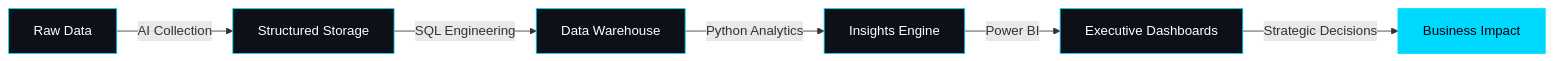
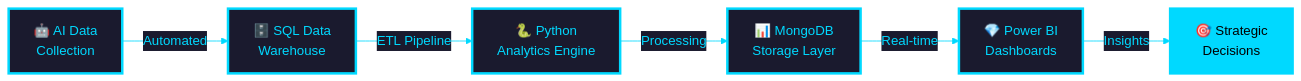
The first of 2 diagrams in README.md (gokul2005083-source/gokul2005083-source-), drawn with Mermaid before and after one commit. The commit also changed other lines of this file, not shown here.

````diff
--- a/README.md
+++ b/README.md
@@ -150,15 +248,17 @@
 ```mermaid
+%%{init: {'theme':'base', 'themeVariables': { 'primaryColor':'#0D1117','primaryTextColor':'#00D9FF','primaryBorderColor':'#00D9FF','lineColor':'#00D9FF','secondaryColor':'#1a1a2e','tertiaryColor':'#16213e'}}}%%
+
 graph LR
-    A[Raw Data] -->|AI Collection| B[Structured Storage]
-    B -->|SQL Engineering| C[Data Warehouse]
-    C -->|Python Analytics| D[Insights Engine]
-    D -->|Power BI| E[Executive Dashboards]
-    E -->|Strategic Decisions| F[Business Impact]
+    A[🤖 AI Data<br/>Collection] -->|Automated| B[🗄️ SQL Data<br/>Warehouse]
+    B -->|ETL Pipeline| C[🐍 Python<br/>Analytics Engine]
+    C -->|Processing| D[📊 MongoDB<br/>Storage Layer]
+    D -->|Real-time| E[💎 Power BI<br/>Dashboards]
+    E -->|Insights| F[🎯 Strategic<br/>Decisions]
     
-    style A fill:#0D1117,stroke:#00D9FF,color:#fff
-    style B fill:#0D1117,stroke:#00D9FF,color:#fff
-    style C fill:#0D1117,stroke:#00D9FF,color:#fff
-    style D fill:#0D1117,stroke:#00D9FF,color:#fff
-    style E fill:#0D1117,stroke:#00D9FF,color:#fff
-    style F fill:#00D9FF,stroke:#00D9FF,color:#000
+    style A fill:#1a1a2e,stroke:#00D9FF,stroke-width:3px,color:#00D9FF
+    style B fill:#1a1a2e,stroke:#00D9FF,stroke-width:3px,color:#00D9FF
+    style C fill:#1a1a2e,stroke:#00D9FF,stroke-width:3px,color:#00D9FF
+    style D fill:#1a1a2e,stroke:#00D9FF,stroke-width:3px,color:#00D9FF
+    style E fill:#1a1a2e,stroke:#00D9FF,stroke-width:3px,color:#00D9FF
+    style F fill:#00D9FF,stroke:#00D9FF,stroke-width:3px,color:#000000
 ```
````
